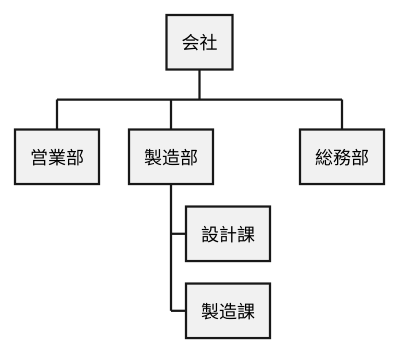
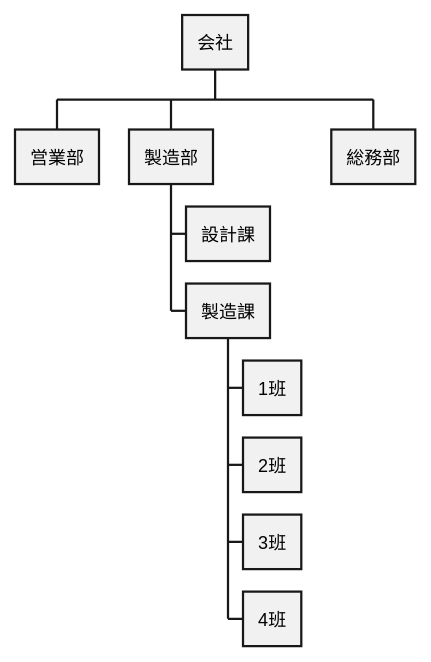
The first of 19 diagrams in docs/case/r02_case_3.adoc (k2works/case-study-business-analysis), drawn with PlantUML before and after one commit. The commit also changed other lines of this file, not shown here.

```diff
--- a/docs/case/r02_case_3.adoc
+++ b/docs/case/r02_case_3.adoc
@@ -60,13 +60,17 @@
 [plantuml]
 ----
 @startwbs
 
 * 会社
 ** 営業部
 ** 製造部
 *** 設計課
 *** 製造課
+**** 1班
+**** 2班
+**** 3班
+**** 4班
 ** 総務部
 
 @endwbs
 ----
```
